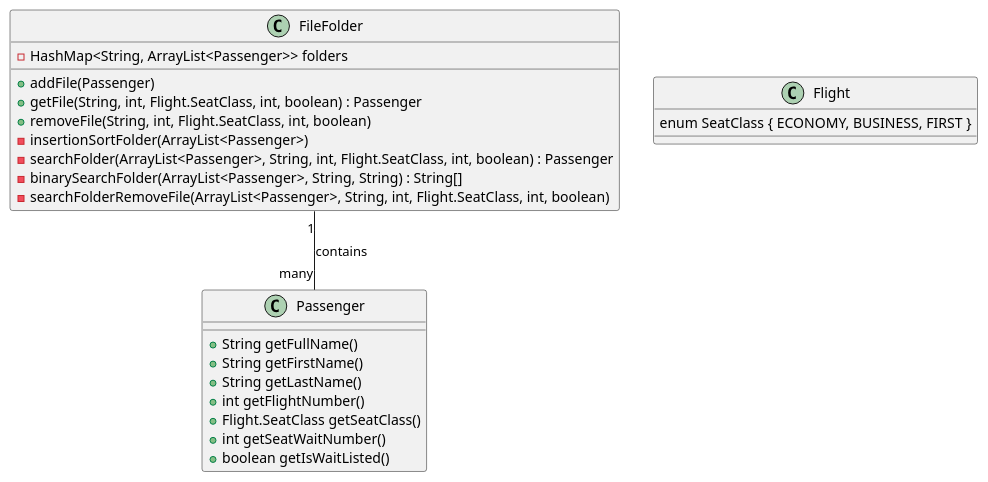
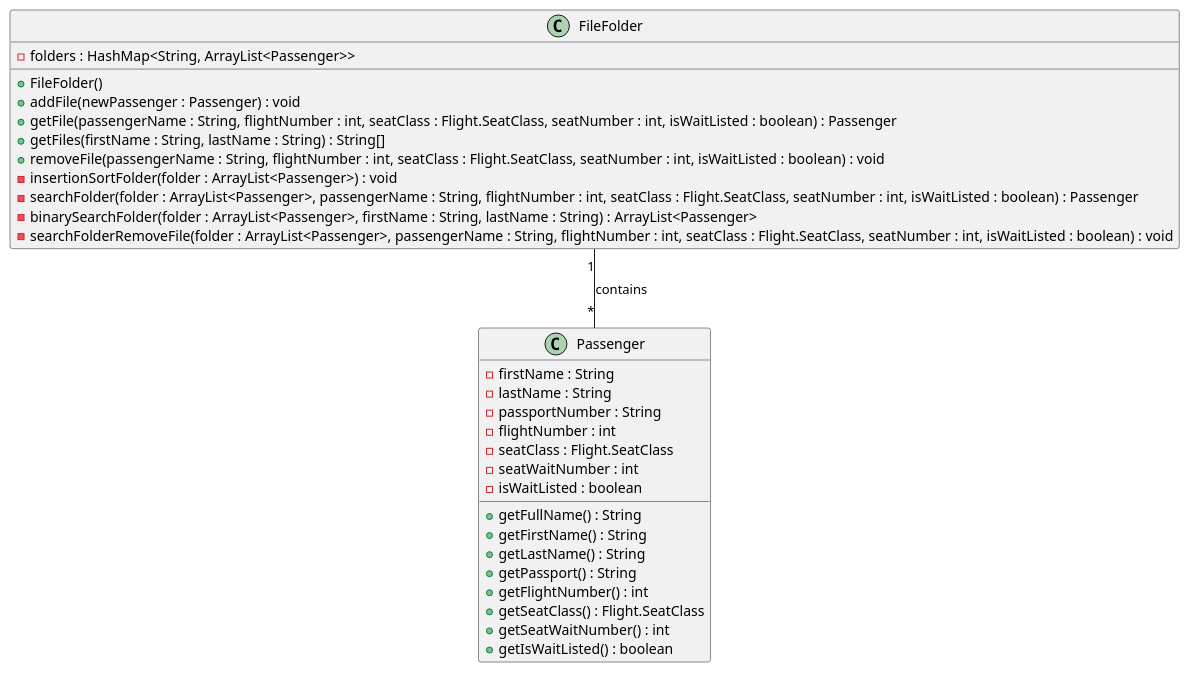
One commit to brandon-toews/JavaProject changed the diagram in diagrams/FileFolderClass.puml. Above: the diagram before and after it, drawn with PlantUML. The commit also changed other lines of this file and 15 other files, not shown here.

Commit message:
finished diagrams

```diff
--- a/diagrams/FileFolderClass.puml
+++ b/diagrams/FileFolderClass.puml
@@ -1,28 +1,36 @@
-@startuml
+@startuml FileFolderClassDiagram
+
 class FileFolder {
-    -HashMap<String, ArrayList<Passenger>> folders
-
-    +addFile(Passenger)
-    +getFile(String, int, Flight.SeatClass, int, boolean) : Passenger
-    +removeFile(String, int, Flight.SeatClass, int, boolean)
-    -insertionSortFolder(ArrayList<Passenger>)
-    -searchFolder(ArrayList<Passenger>, String, int, Flight.SeatClass, int, boolean) : Passenger
-    -binarySearchFolder(ArrayList<Passenger>, String, String) : String[]
-    -searchFolderRemoveFile(ArrayList<Passenger>, String, int, Flight.SeatClass, int, boolean)
+    -folders : HashMap<String, ArrayList<Passenger>>
+    +FileFolder()
+    +addFile(newPassenger : Passenger) : void
+    +getFile(passengerName : String, flightNumber : int, seatClass : Flight.SeatClass, seatNumber : int, isWaitListed : boolean) : Passenger
+    +getFiles(firstName : String, lastName : String) : String[]
+    +removeFile(passengerName : String, flightNumber : int, seatClass : Flight.SeatClass, seatNumber : int, isWaitListed : boolean) : void
+    -insertionSortFolder(folder : ArrayList<Passenger>) : void
+    -searchFolder(folder : ArrayList<Passenger>, passengerName : String, flightNumber : int, seatClass : Flight.SeatClass, seatNumber : int, isWaitListed : boolean) : Passenger
+    -binarySearchFolder(folder : ArrayList<Passenger>, firstName : String, lastName : String) : ArrayList<Passenger>
+    -searchFolderRemoveFile(folder : ArrayList<Passenger>, passengerName : String, flightNumber : int, seatClass : Flight.SeatClass, seatNumber : int, isWaitListed : boolean) : void
 }
 
 class Passenger {
-    +String getFullName()
-    +String getFirstName()
-    +String getLastName()
-    +int getFlightNumber()
-    +Flight.SeatClass getSeatClass()
-    +int getSeatWaitNumber()
-    +boolean getIsWaitListed()
+    -firstName : String
+    -lastName : String
+    -passportNumber : String
+    -flightNumber : int
+    -seatClass : Flight.SeatClass
+    -seatWaitNumber : int
+    -isWaitListed : boolean
+    +getFullName() : String
+    +getFirstName() : String
+    +getLastName() : String
+    +getPassport() : String
+    +getFlightNumber() : int
+    +getSeatClass() : Flight.SeatClass
+    +getSeatWaitNumber() : int
+    +getIsWaitListed() : boolean
 }
 
-class Flight {
-    enum SeatClass { ECONOMY, BUSINESS, FIRST }
-}
-FileFolder "1" -- "many" Passenger : contains
+FileFolder "1" -- "*" Passenger : contains
+
 @enduml
```
